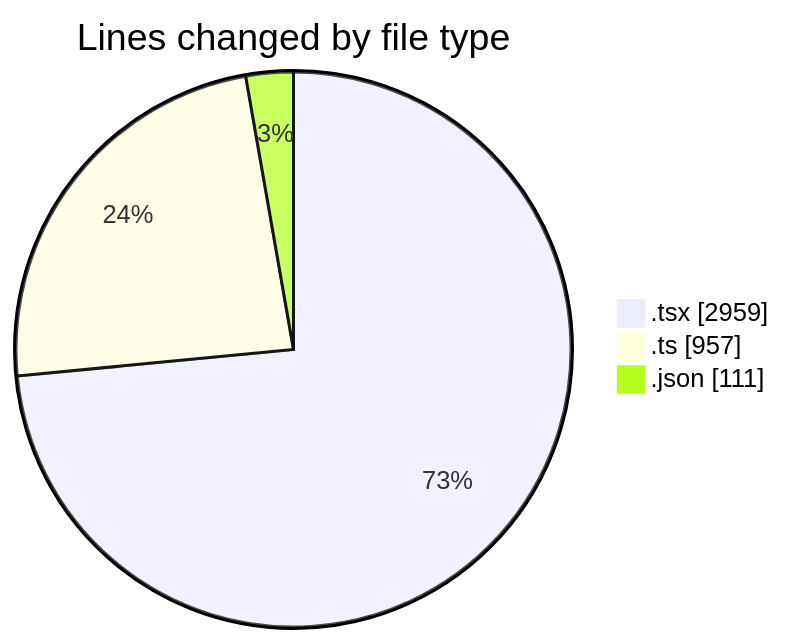
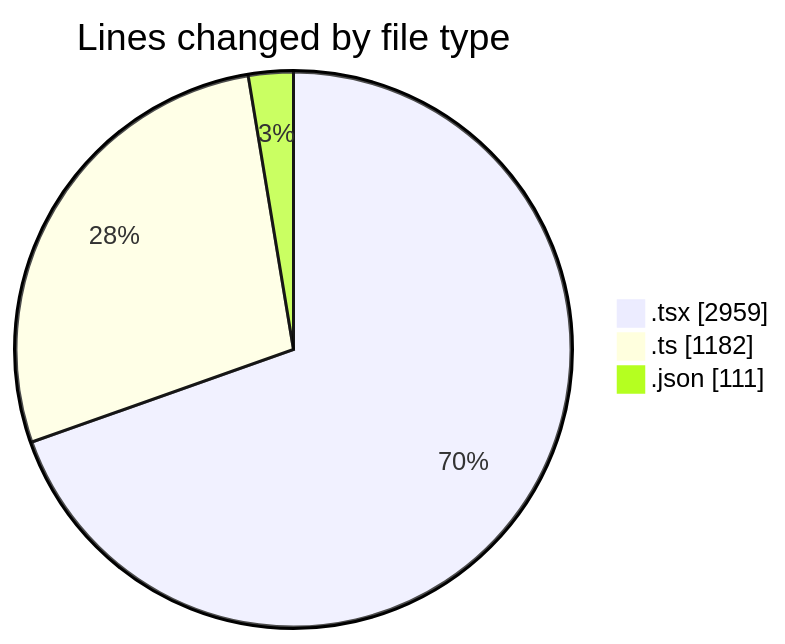
One commit to julien-gomy/code-tracking changed the first of 2 diagrams in 2025-11-08/eventscop-frontend-guide__workspace_/README.md. Above: the diagram before and after it, drawn with Mermaid. The commit also changed other lines of this file and 1 other file, not shown here.

````diff
--- a/2025-11-08/eventscop-frontend-guide__workspace_/README.md
+++ b/2025-11-08/eventscop-frontend-guide__workspace_/README.md
@@ -53,7 +57,7 @@
 ```mermaid
 pie showData
 title Lines changed by file type
 ".tsx" : 2959
-".ts" : 957
+".ts" : 1182
 ".json" : 111
 ```
````
